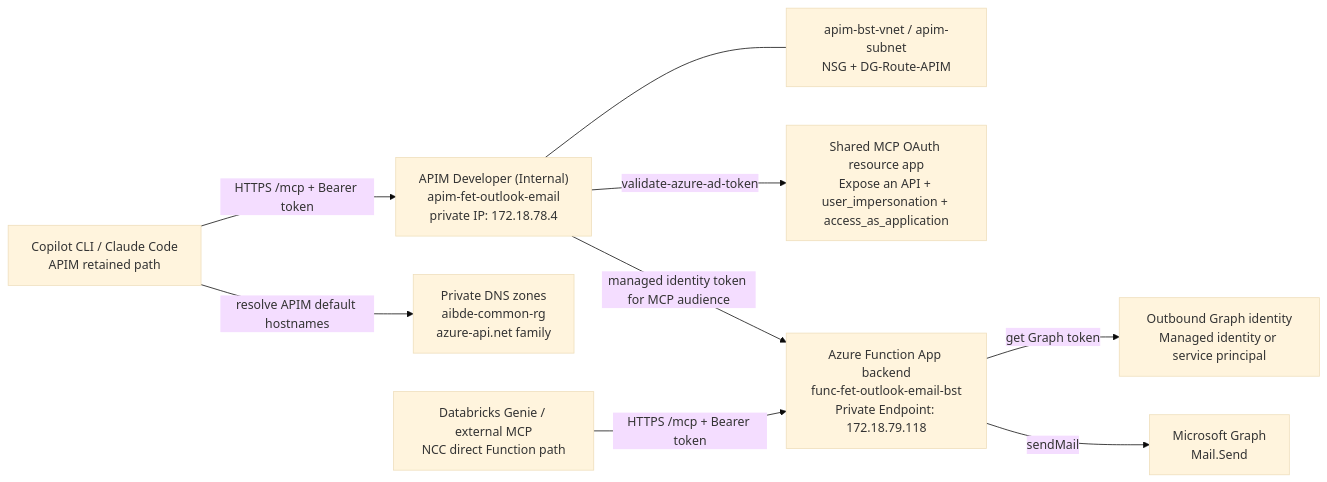
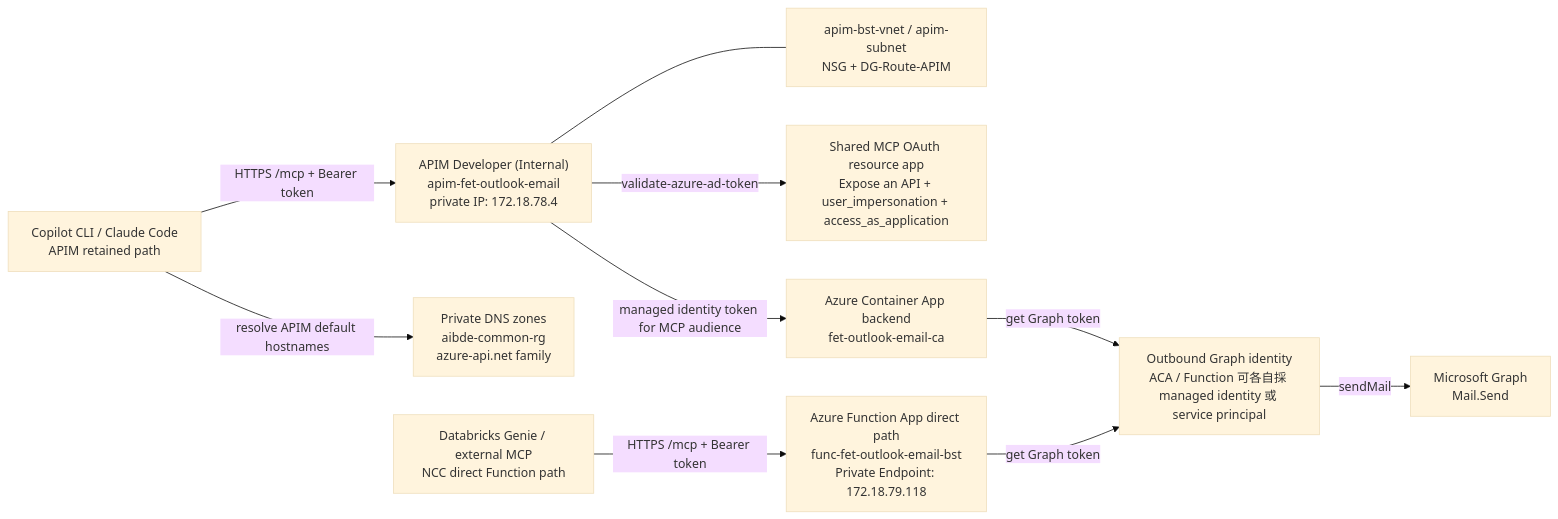
The first of 2 diagrams in outlook-email/README.md (Fet-ycliang/mcp-dotnet-samples), drawn with Mermaid (base theme) before and after one commit. The commit also changed other lines of this file and 13 other files, not shown here.

Commit message:
feat(outlook-email): improve PPTX template and APIM guidance

````diff
--- a/outlook-email/README.md
+++ b/outlook-email/README.md
@@ -1150,21 +1217,23 @@
 ```mermaid
 flowchart LR
     Client["Copilot CLI / Claude Code<br/>APIM retained path"]
     Databricks["Databricks Genie / external MCP<br/>NCC direct Function path"]
     DNS["Private DNS zones<br/>aibde-common-rg<br/>azure-api.net family"]
     APIM["APIM Developer (Internal)<br/>apim-fet-outlook-email<br/>private IP: 172.18.78.4"]
     Net["apim-bst-vnet / apim-subnet<br/>NSG + DG-Route-APIM"]
     InboundAuth["Shared MCP OAuth resource app<br/>Expose an API + user_impersonation + access_as_application"]
-    Func["Azure Function App backend<br/>func-fet-outlook-email-bst<br/>Private Endpoint: 172.18.79.118"]
-    OutboundAuth["Outbound Graph identity<br/>Managed identity or service principal"]
+    ACA["Azure Container App backend<br/>fet-outlook-email-ca"]
+    Func["Azure Function App direct path<br/>func-fet-outlook-email-bst<br/>Private Endpoint: 172.18.79.118"]
+    OutboundAuth["Outbound Graph identity<br/>ACA / Function 可各自採 managed identity 或 service principal"]
     Graph["Microsoft Graph<br/>Mail.Send"]
 
     Client -->|"resolve APIM default hostnames"| DNS
     Client -->|"HTTPS /mcp + Bearer token"| APIM
     APIM --- Net
     APIM -->|"validate-azure-ad-token"| InboundAuth
     Databricks -->|"HTTPS /mcp + Bearer token"| Func
-    APIM -->|"managed identity token for MCP audience"| Func
+    APIM -->|"managed identity token for MCP audience"| ACA
+    ACA -->|"get Graph token"| OutboundAuth
     Func -->|"get Graph token"| OutboundAuth
-    Func -->|"sendMail"| Graph
+    OutboundAuth -->|"sendMail"| Graph
 ```
````
